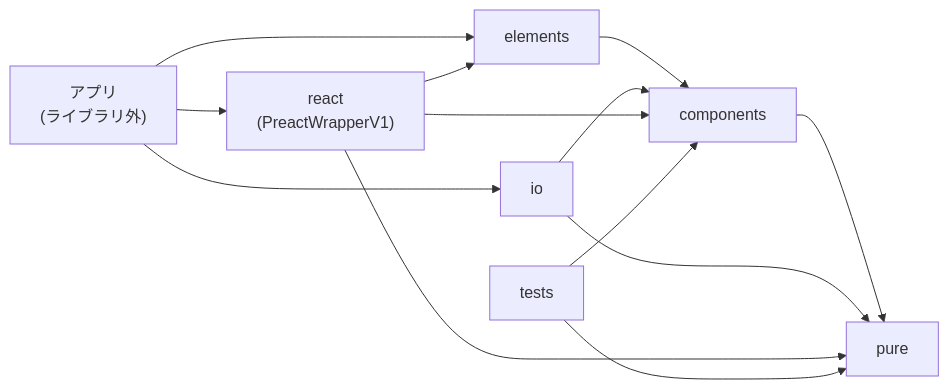
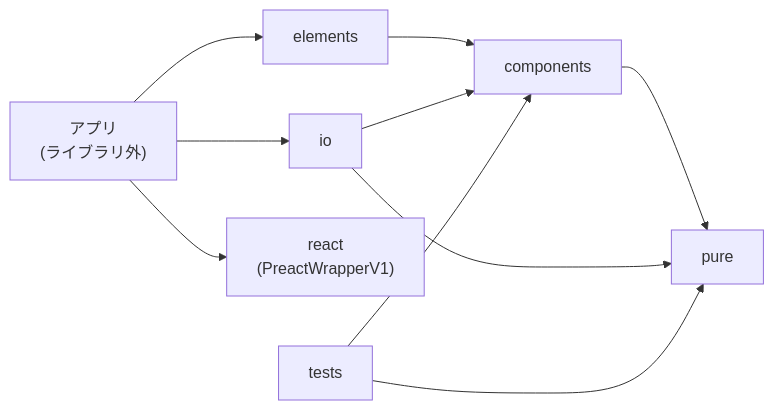
Before and after one commit to nijiurachan/nijiurachan-js: the diagram in docs/BIRDSEYE.md, drawn with Mermaid. The commit also changed other lines of this file and 8 other files, not shown here.

````diff
--- a/docs/BIRDSEYE.md
+++ b/docs/BIRDSEYE.md
@@ -17,15 +17,12 @@
 ```mermaid
 flowchart LR
     Entry["アプリ<br>(ライブラリ外)"] --> Elements["elements"]
     Entry --> IO["io"]
     Entry --> React["react<br>(PreactWrapperV1)"]
     Elements --> Components["components"]
     IO --> Components
     Components --> Pure["pure"]
     IO --> Pure
-    React --> Elements
-    React --> Components
-    React --> Pure
     Tests["tests"] --> Components
     Tests --> Pure
 ```
````
